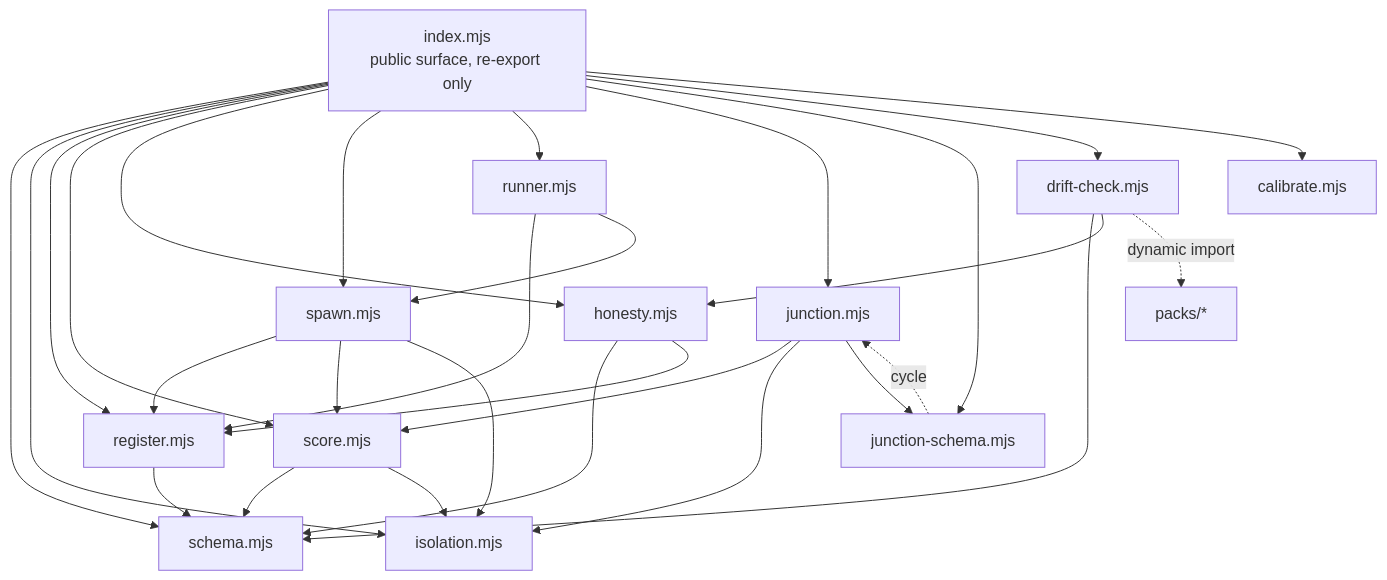
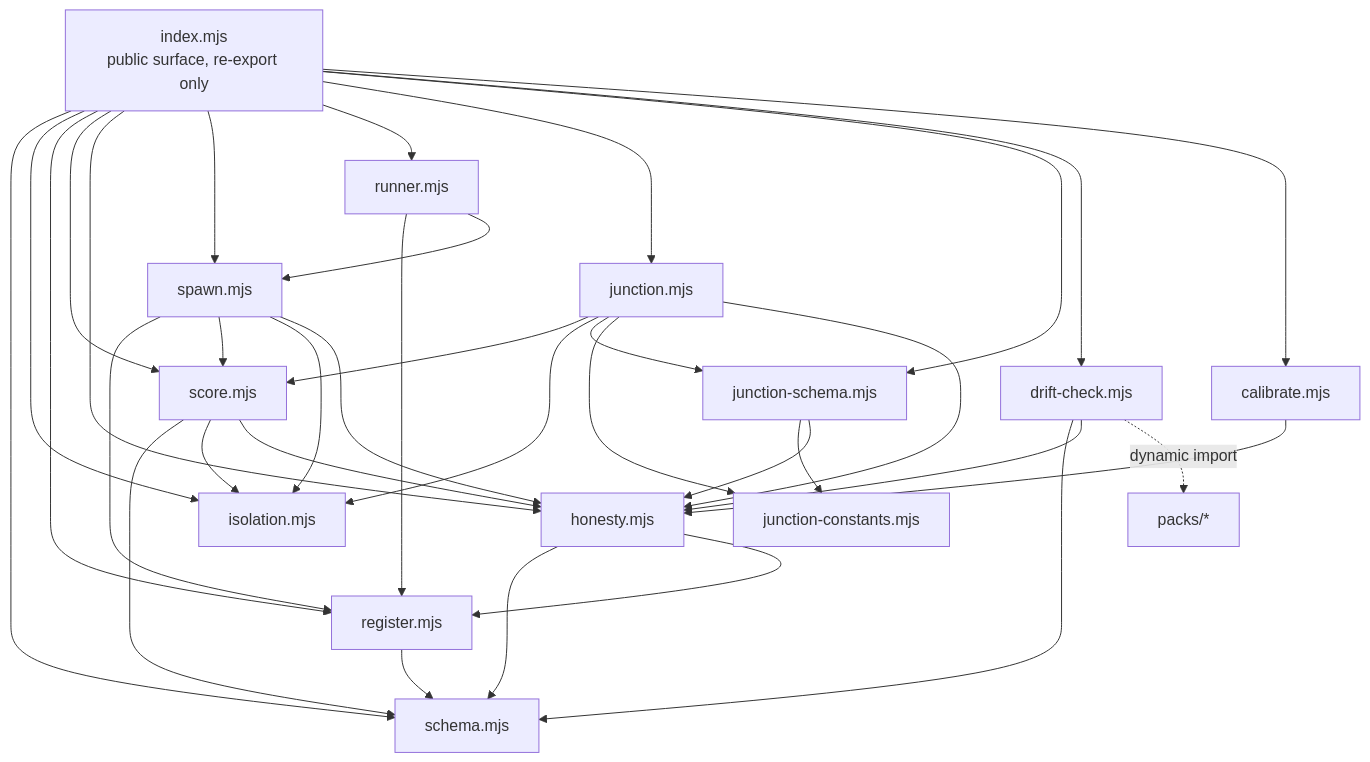
Before and after one commit to Kromatic-Innovation/panelist: the diagram in docs/architecture.md, drawn with Mermaid. The commit also changed other lines of this file and 1 other file, not shown here.

````diff
--- a/docs/architecture.md
+++ b/docs/architecture.md
@@ -21,35 +21,42 @@
 ```mermaid
 graph TD
   index["index.mjs<br/>public surface, re-export only"]
   schema["schema.mjs"]
   isolation["isolation.mjs"]
+  jconst["junction-constants.mjs"]
   register["register.mjs"]
   score["score.mjs"]
   honesty["honesty.mjs"]
   spawn["spawn.mjs"]
   runner["runner.mjs"]
   junction["junction.mjs"]
   jschema["junction-schema.mjs"]
   drift["drift-check.mjs"]
   calibrate["calibrate.mjs"]
   packs["packs/*"]
 
   index --> schema & isolation & register & score & honesty & spawn & runner & junction & jschema & drift & calibrate
   register --> schema
   score --> schema
   score --> isolation
+  score --> honesty
   honesty --> schema
   honesty --> register
+  calibrate --> honesty
   spawn --> register
   spawn --> score
   spawn --> isolation
+  spawn --> honesty
   runner --> register
   runner --> spawn
   junction --> score
   junction --> isolation
   junction --> jschema
-  jschema -.->|cycle| junction
+  junction --> jconst
+  junction --> honesty
+  jschema --> jconst
+  jschema --> honesty
   drift --> schema
   drift --> honesty
   drift -.->|dynamic import| packs
 ```
````
